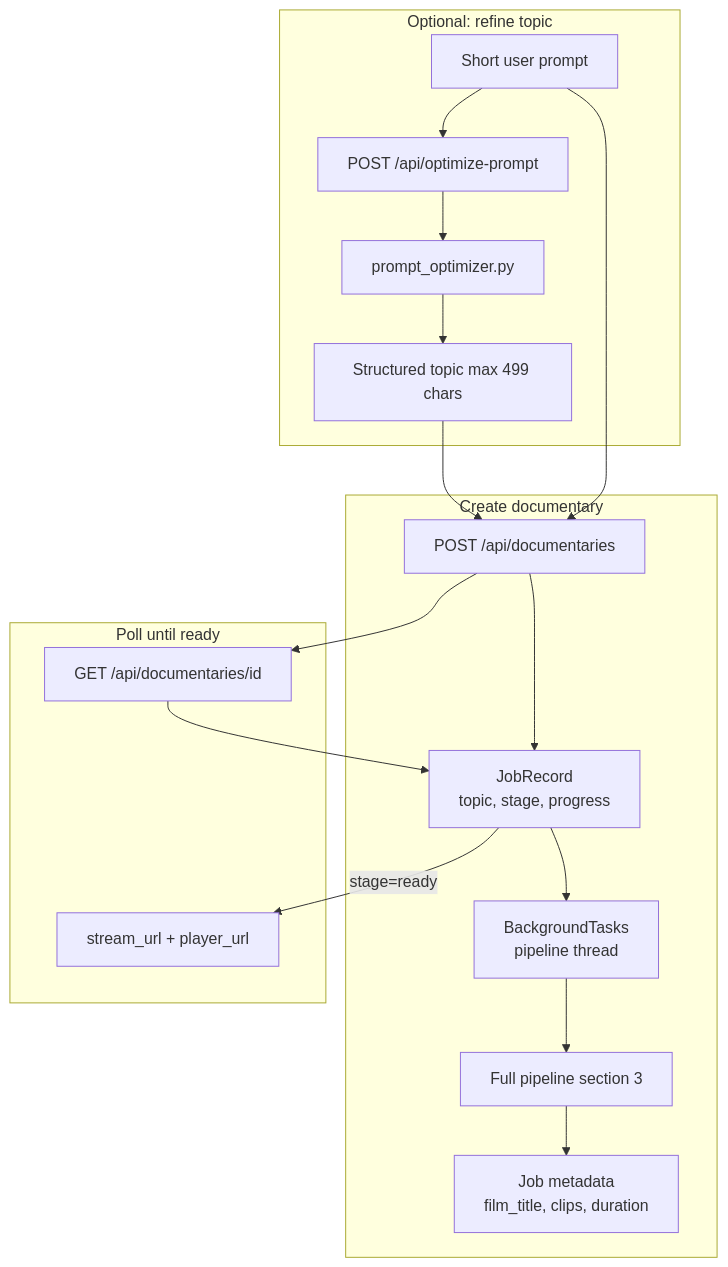
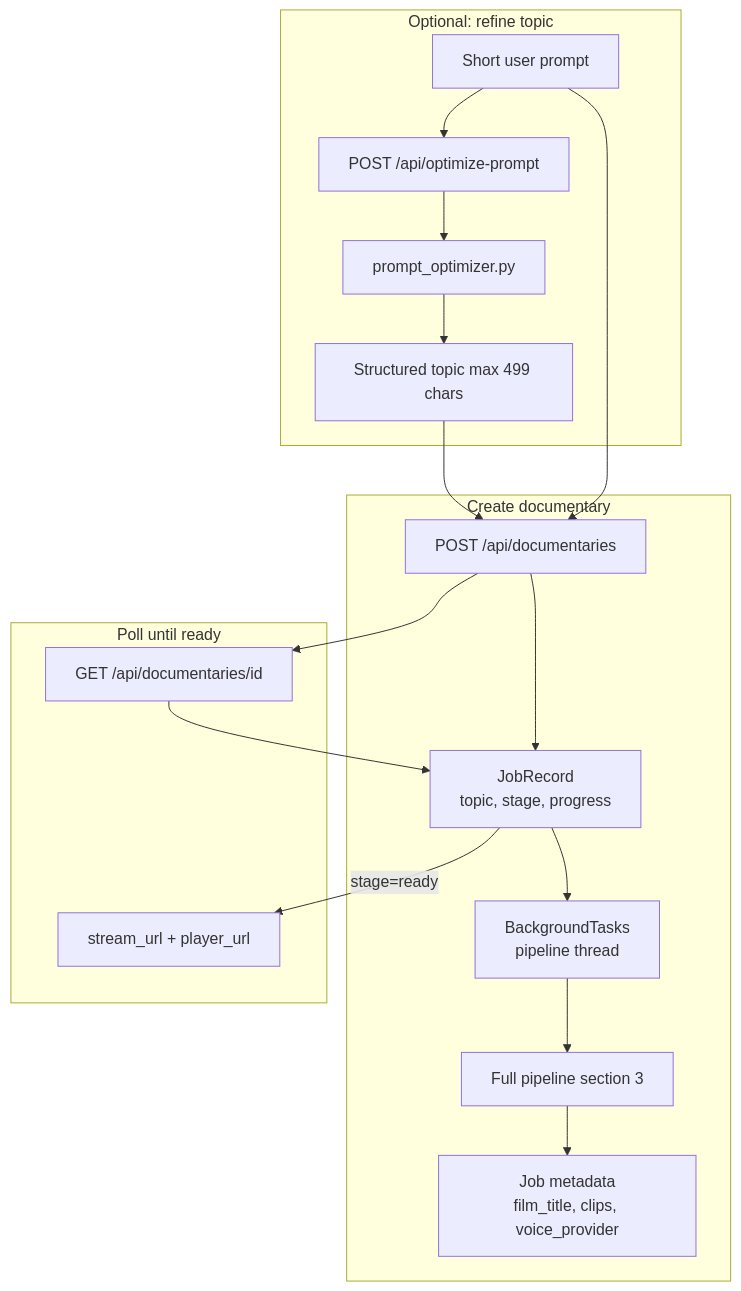
One commit to Krishan111/Continuum-Agentic_Documentary_Studio changed the ninth of 10 diagrams in ARCHITECTURE.md. Above: the diagram before and after it, drawn with Mermaid. The commit also changed other lines of this file and 1 other file, not shown here.

````diff
--- a/ARCHITECTURE.md
+++ b/ARCHITECTURE.md
@@ -326,24 +430,24 @@
 ```mermaid
 flowchart TB
   subgraph OptimizePath["Optional: refine topic"]
     T1[Short user prompt]
     T1 --> OptAPI[POST /api/optimize-prompt]
     OptAPI --> OptAgent[prompt_optimizer.py]
     OptAgent --> T2["Structured topic max 499 chars"]
   end
 
   subgraph CreatePath["Create documentary"]
     T2 --> CreateAPI[POST /api/documentaries]
     T1 --> CreateAPI
     CreateAPI --> Job[JobRecord\ntopic, stage, progress]
     Job --> BG[BackgroundTasks\npipeline thread]
     BG --> Pipeline["Full pipeline section 3"]
-    Pipeline --> Meta[Job metadata\nfilm_title, clips, duration]
+    Pipeline --> Meta[Job metadata\nfilm_title, clips, voice_provider]
   end
 
   subgraph PollPath["Poll until ready"]
     CreateAPI --> Poll[GET /api/documentaries/id]
     Poll --> Job
     Job -->|stage=ready| Stream[stream_url + player_url]
   end
 ```
````
